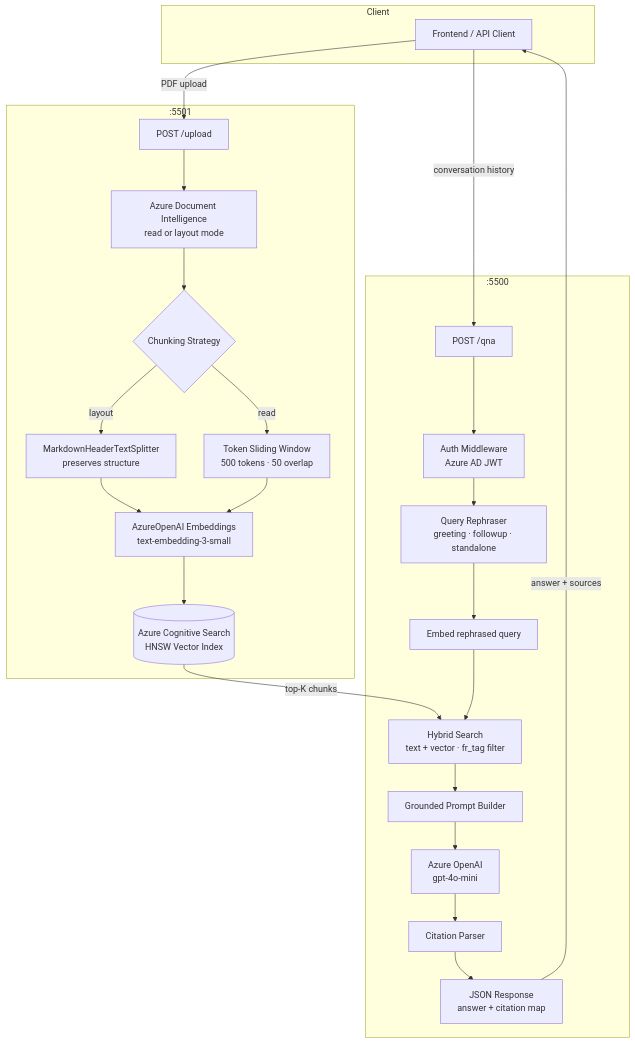
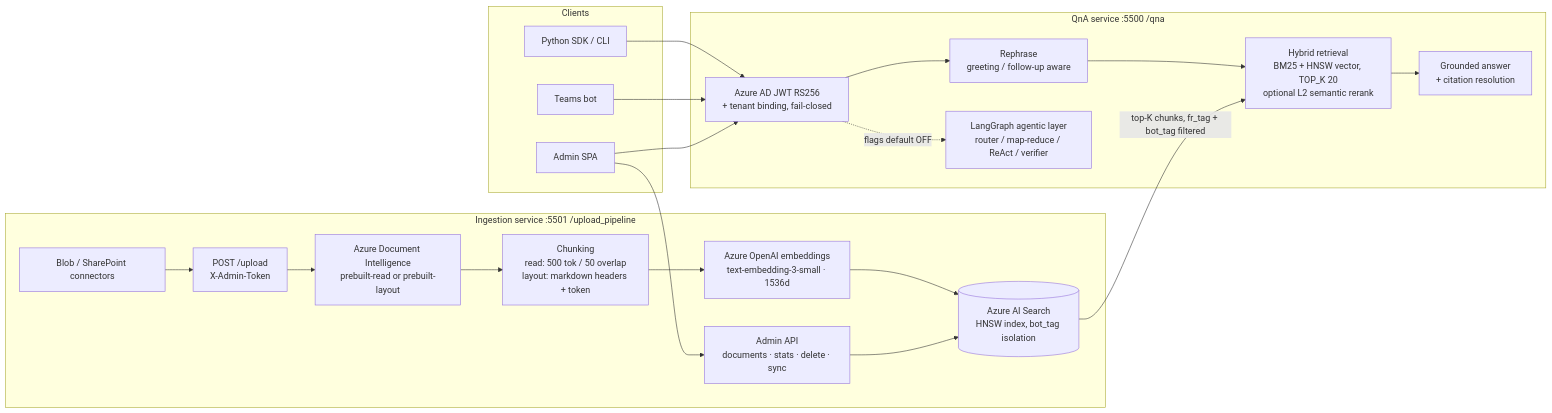
Before and after one commit to MaanavA26/TocDoc---Enterprise-RAG: the diagram in README.md, drawn with Mermaid. The commit also changed other lines of this file and 5 other files, not shown here.

````diff
--- a/README.md
+++ b/README.md
@@ -58,31 +60,28 @@
 ```mermaid
-flowchart TD
-    subgraph Client
-        UI[Frontend / API Client]
+flowchart LR
+    subgraph Clients
+        SDK[Python SDK / CLI]
+        TB[Teams bot]
+        WEB[Admin SPA]
     end
 
-    subgraph Ingestion Service [:5501]
-        A[POST /upload] --> B[Azure Document Intelligence\nread or layout mode]
-        B --> C{Chunking Strategy}
-        C -->|layout| D[MarkdownHeaderTextSplitter\npreserves structure]
-        C -->|read| E[Token Sliding Window\n500 tokens · 50 overlap]
-        D & E --> F[AzureOpenAI Embeddings\ntext-embedding-3-small]
-        F --> G[(Azure Cognitive Search\nHNSW Vector Index)]
+    subgraph QnA [QnA service :5500 /qna]
+        AUTH[Azure AD JWT RS256<br/>+ tenant binding, fail-closed] --> REPH[Rephrase<br/>greeting / follow-up aware]
+        REPH --> RET[Hybrid retrieval<br/>BM25 + HNSW vector, TOP_K 20<br/>optional L2 semantic rerank]
+        RET --> ANS[Grounded answer<br/>+ citation resolution]
+        AUTH -.->|flags default OFF| P3[LangGraph agentic layer<br/>router / map-reduce / ReAct / verifier]
     end
 
-    subgraph QnA Service [:5500]
-        H[POST /qna] --> I[Auth Middleware\nAzure AD JWT]
-        I --> J[Query Rephraser\ngreeting · followup · standalone]
-        J --> K[Embed rephrased query]
-        K --> L[Hybrid Search\ntext + vector · fr_tag filter]
-        L --> M[Grounded Prompt Builder]
-        M --> N[Azure OpenAI\ngpt-4o-mini]
-        N --> O[Citation Parser]
-        O --> P[JSON Response\nanswer + citation map]
+    subgraph Ingestion [Ingestion service :5501 /upload_pipeline]
+        UP[POST /upload<br/>X-Admin-Token] --> DI[Azure Document Intelligence<br/>prebuilt-read or prebuilt-layout]
+        DI --> CH[Chunking<br/>read: 500 tok / 50 overlap<br/>layout: markdown headers + token]
+        CH --> EMB[Azure OpenAI embeddings<br/>text-embedding-3-small · 1536d]
+        EMB --> IDX[(Azure AI Search<br/>HNSW index, bot_tag isolation)]
+        CONN[Blob / SharePoint connectors] --> UP
+        ADMIN[Admin API<br/>documents · stats · delete · sync] --> IDX
     end
 
-    UI -->|PDF upload| A
-    UI -->|conversation history| H
-    G -->|top-K chunks| L
-    P -->|answer + sources| UI
+    SDK & TB & WEB --> AUTH
+    WEB --> ADMIN
+    IDX -->|top-K chunks, fr_tag + bot_tag filtered| RET
 ```
````
